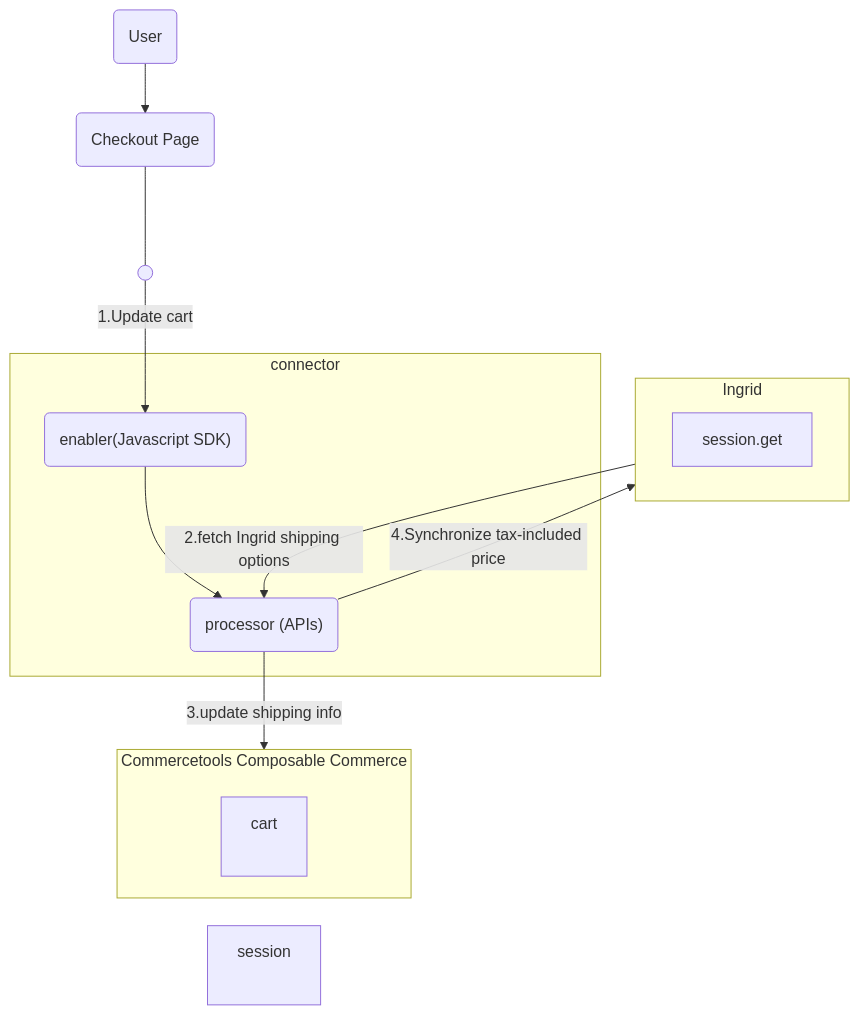
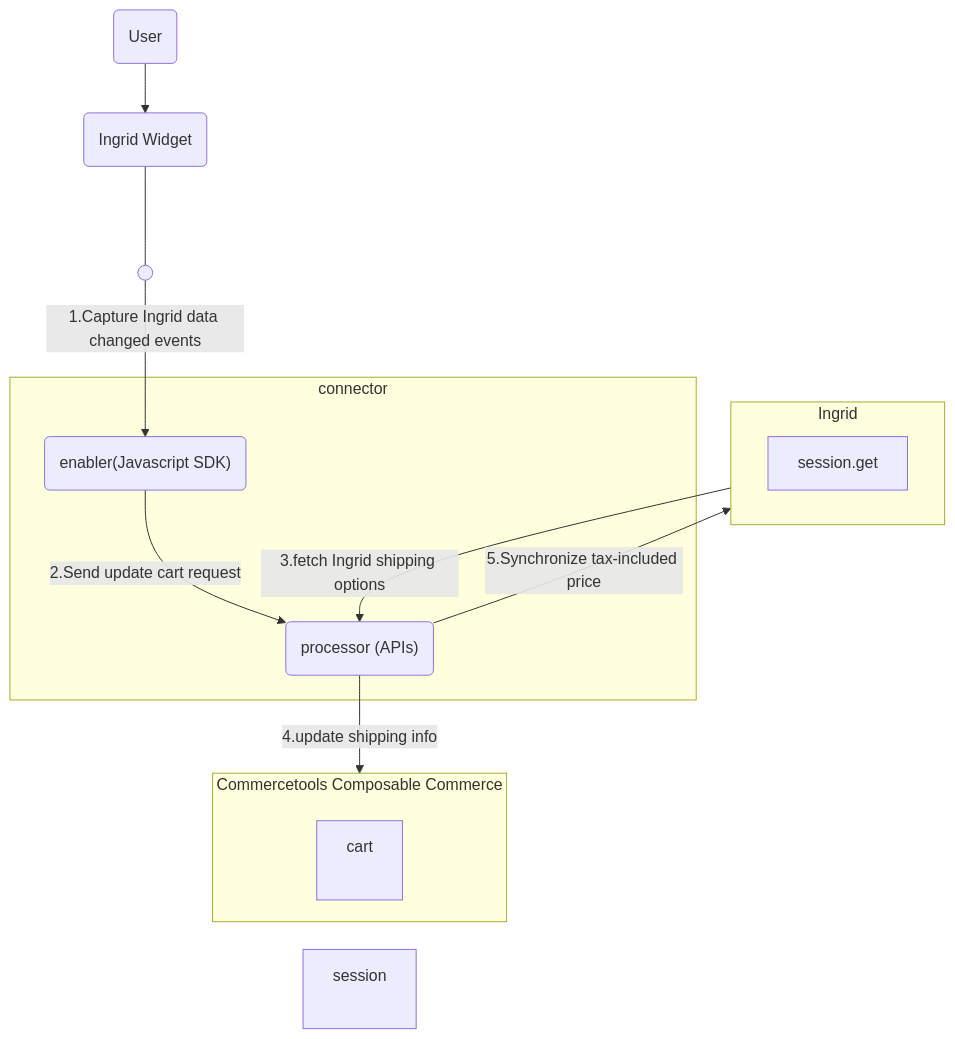
Before and after one commit to commercetools/connect-shipping-integration-ingrid: the second of 3 diagrams in README.md, drawn with Mermaid. The commit also changed other lines of this file and 1 other file, not shown here.

Commit message:
doc(enabler): modify update cart documentation

````diff
--- a/README.md
+++ b/README.md
@@ -57,27 +57,28 @@
 ```mermaid
 
 flowchart TD
     node1(( ))
-    user("User")-->checkout("Checkout Page")
+    user("User")-->checkout("Ingrid Widget")
     subgraph connector
         enabler
         processor
     end
     subgraph coco["Commercetools Composable Commerce"]
         cart
         session
         
     end
     subgraph shipping["Ingrid"]
         session.get
     end
     
-    checkout("Checkout Page")----node1
-    processor("processor (APIs)")--"3.update shipping info"-->coco
-    node1--"1.Update cart"-->enabler("enabler(Javascript SDK)")-->processor("processor (APIs)")
-    shipping("Ingrid")--"2.fetch Ingrid shipping options"-->processor("processor (APIs)")
-    processor("processor (APIs)")--"4.Synchronize tax-included price"-->shipping("Ingrid")
+    checkout("Ingrid Widget")----node1
+    
+    node1--"1.Capture Ingrid data changed events"-->enabler("enabler(Javascript SDK)")--"2.Send update cart request"-->processor("processor (APIs)")
+    shipping("Ingrid")--"3.fetch Ingrid shipping options"-->processor("processor (APIs)")
+    processor("processor (APIs)")--"4.update shipping info"-->coco
+    processor("processor (APIs)")--"5.Synchronize tax-included price"-->shipping("Ingrid")
     style coco height:150
     style cart height:80, text-align:center
     style session height:80, text-align:center
 ```
````
